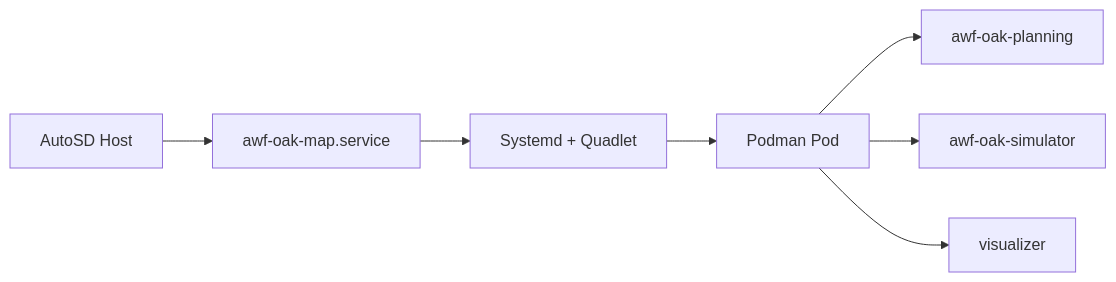
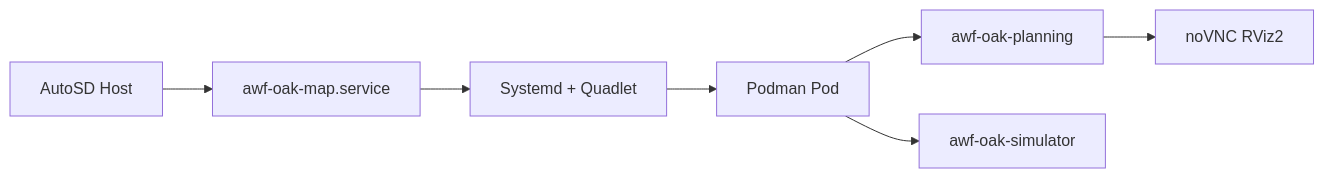
One commit to oguzkaganozt/openadkit changed the diagram in docs/platforms/autosd/planning-simulator/index.md. Above: the diagram before and after it, drawn with Mermaid. The commit also changed other lines of this file and 36 other files, not shown here.

````diff
--- a/docs/platforms/autosd/planning-simulator/index.md
+++ b/docs/platforms/autosd/planning-simulator/index.md
@@ -51,9 +54,9 @@
 ```mermaid
 graph LR
     Host[AutoSD Host] --> MapSvc[awf-oak-map.service]
     MapSvc --> Systemd[Systemd + Quadlet]
     Systemd --> Podman[Podman Pod]
     Podman --> PC[awf-oak-planning]
     Podman --> SIM[awf-oak-simulator]
-    Podman --> VIZ[visualizer]
+    PC --> VIZ[noVNC RViz2]
 ```
````
